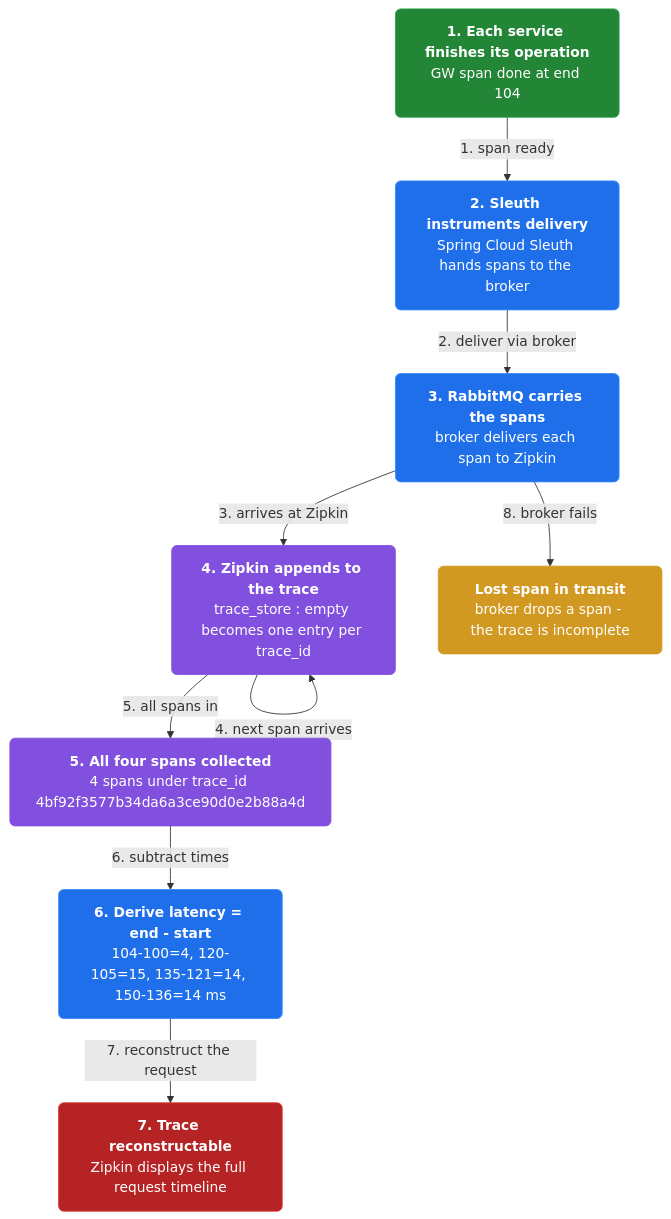
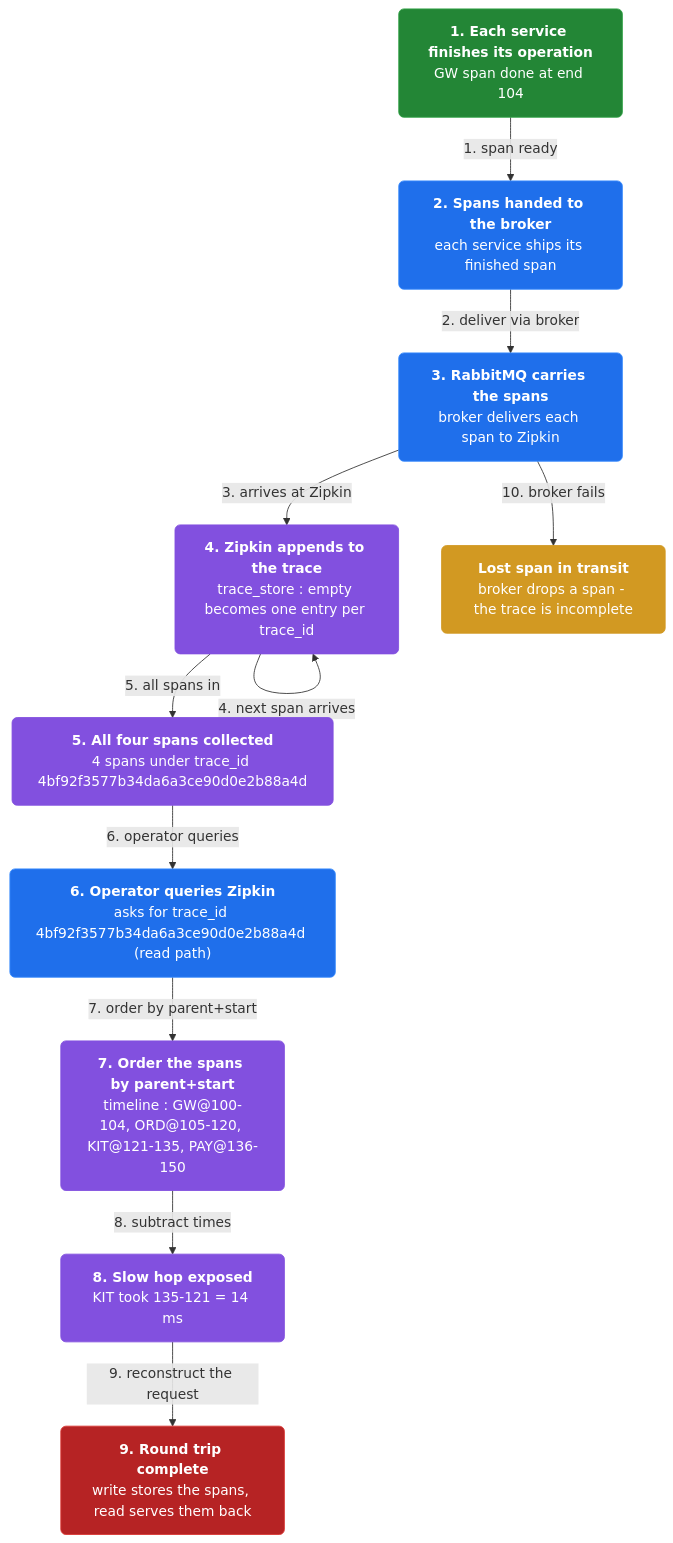
The third of 9 diagrams in docs/ch33-distributed-tracing.md (vinayakuber/microservices-io-study-guide), drawn with Mermaid before and after one commit. The commit also changed other lines of this file and 14 other files, not shown here.

First line of the commit message:
Cover both read and write paths in every chapter; finalize ch33

````diff
--- a/docs/ch33-distributed-tracing.md
+++ b/docs/ch33-distributed-tracing.md
@@ -129,24 +120,28 @@
 ```mermaid
 flowchart TD
   classDef step fill:#1f6feb,color:#ffffff,stroke:#388bfd,rx:6
   classDef core fill:#8250df,color:#ffffff,stroke:#8250df,rx:6
   classDef warn fill:#d29922,color:#ffffff,stroke:#d29922,rx:6
   classDef start fill:#238636,color:#ffffff,stroke:#2ea043,rx:6
   classDef stop fill:#b62324,color:#ffffff,stroke:#da3633,rx:6
   n0["<b>1. Each service finishes its operation</b><br/>GW span done at end 104"]:::start
-  n1["<b>2. Sleuth instruments delivery</b><br/>Spring Cloud Sleuth hands spans to the broker"]:::step
+  n1["<b>2. Spans handed to the broker</b><br/>each service ships its finished span"]:::step
   n2["<b>3. RabbitMQ carries the spans</b><br/>broker delivers each span to Zipkin"]:::step
   n3["<b>4. Zipkin appends to the trace</b><br/>trace_store : empty becomes one entry per trace_id"]:::core
   n4["<b>5. All four spans collected</b><br/>4 spans under trace_id 4bf92f3577b34da6a3ce90d0e2b88a4d"]:::core
-  n5["<b>6. Derive latency = end - start</b><br/>104-100=4, 120-105=15, 135-121=14, 150-136=14 ms"]:::step
-  n6["<b>7. Trace reconstructable</b><br/>Zipkin displays the full request timeline"]:::stop
-  n7["<b>Lost span in transit</b><br/>broker drops a span - the trace is incomplete"]:::warn
+  n5["<b>6. Operator queries Zipkin</b><br/>asks for trace_id 4bf92f3577b34da6a3ce90d0e2b88a4d (read path)"]:::step
+  n6["<b>7. Order the spans by parent+start</b><br/>timeline : GW@100-104, ORD@105-120, KIT@121-135, PAY@136-150"]:::core
+  n7["<b>8. Slow hop exposed</b><br/>KIT took 135-121 = 14 ms"]:::core
+  n8["<b>9. Round trip complete</b><br/>write stores the spans, read serves them back"]:::stop
+  n9["<b>Lost span in transit</b><br/>broker drops a span - the trace is incomplete"]:::warn
   n0 -->|"1. span ready"| n1
   n1 -->|"2. deliver via broker"| n2
   n2 -->|"3. arrives at Zipkin"| n3
   n3 -->|"4. next span arrives"| n3
   n3 -->|"5. all spans in"| n4
-  n4 -->|"6. subtract times"| n5
-  n5 -->|"7. reconstruct the request"| n6
-  n2 -->|"8. broker fails"| n7
+  n4 -->|"6. operator queries"| n5
+  n5 -->|"7. order by parent+start"| n6
+  n6 -->|"8. subtract times"| n7
+  n7 -->|"9. reconstruct the request"| n8
+  n2 -->|"10. broker fails"| n9
 ```
````
